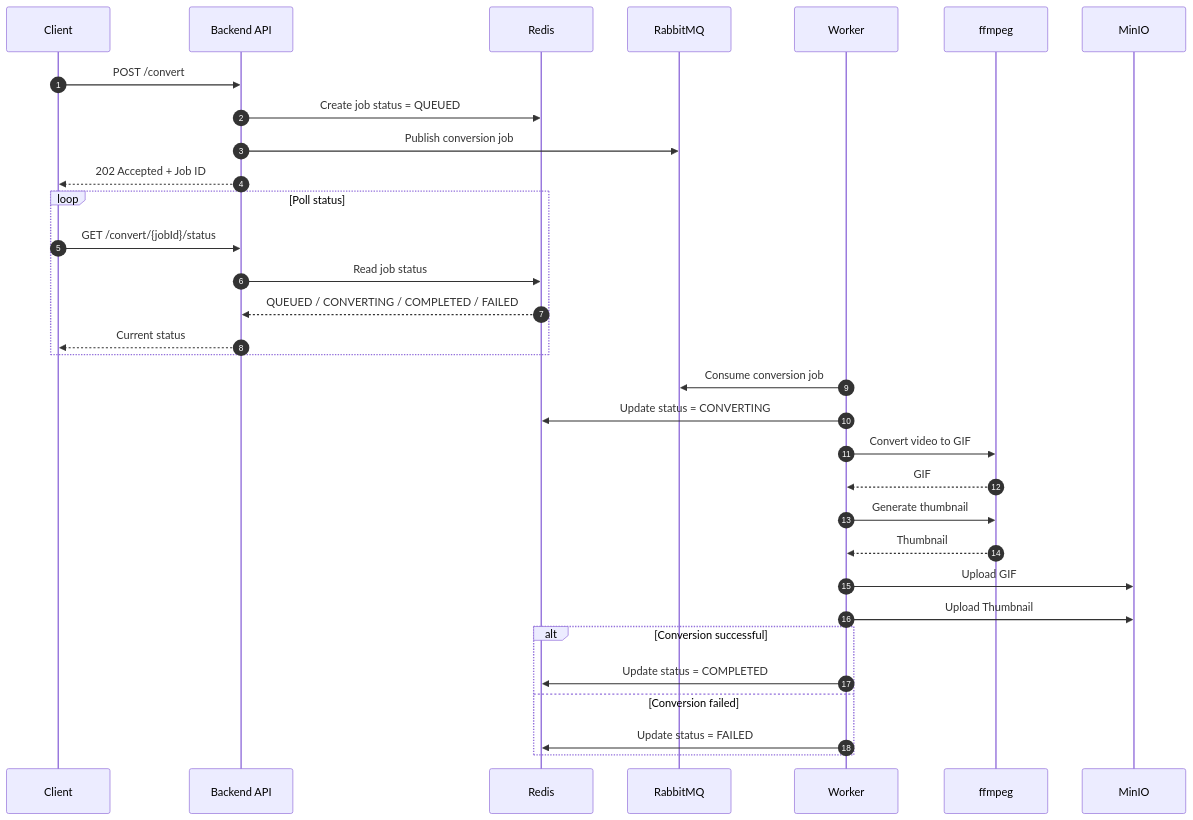
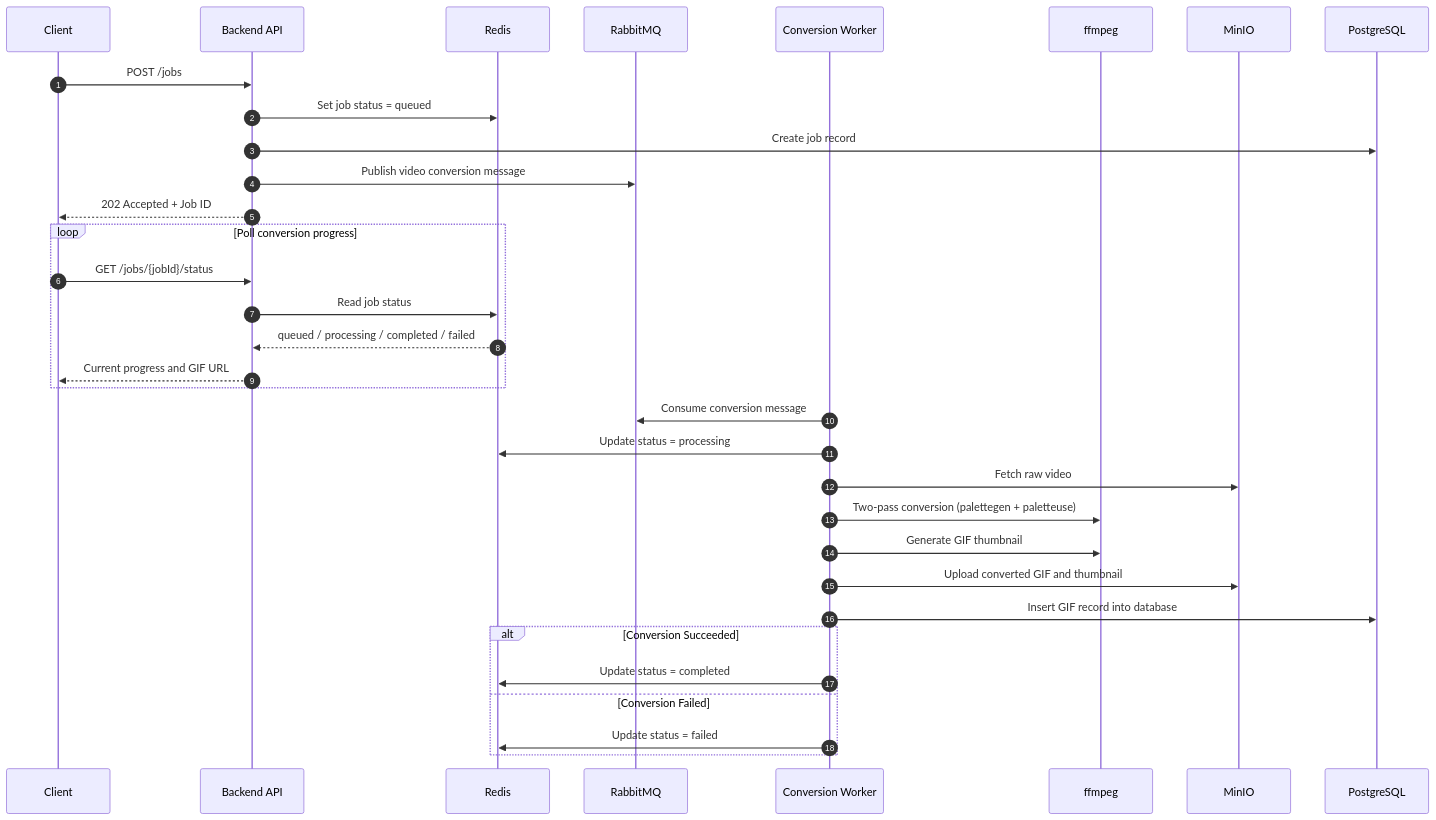
Before and after one commit to labib0x9/FFgif: the third of 3 diagrams in README.md, drawn with Mermaid. The commit also changed other lines of this file, not shown here.

Commit message:
docs: comprehensive update to README (overview, architecture diagrams, tech stack, project structure, and API overview)

````diff
--- a/README.md
+++ b/README.md
@@ -141,43 +187,40 @@
 ```mermaid
 sequenceDiagram
     autonumber
 
     participant Client
     participant API as Backend API
     participant Redis
     participant RabbitMQ
-    participant Worker
+    participant Worker as Conversion Worker
     participant FFmpeg as ffmpeg
     participant MinIO
+    participant PG as PostgreSQL
 
-    Client->>API: POST /convert
-    API->>Redis: Create job status = QUEUED
-    API->>RabbitMQ: Publish conversion job
+    Client->>API: POST /jobs
+    API->>Redis: Set job status = queued
+    API->>PG: Create job record
+    API->>RabbitMQ: Publish video conversion message
     API-->>Client: 202 Accepted + Job ID
 
-    loop Poll status
-        Client->>API: GET /convert/{jobId}/status
+    loop Poll conversion progress
+        Client->>API: GET /jobs/{jobId}/status
         API->>Redis: Read job status
-        Redis-->>API: QUEUED / CONVERTING / COMPLETED / FAILED
-        API-->>Client: Current status
+        Redis-->>API: queued / processing / completed / failed
+        API-->>Client: Current progress and GIF URL
     end
 
-    Worker->>RabbitMQ: Consume conversion job
+    Worker->>RabbitMQ: Consume conversion message
+    Worker->>Redis: Update status = processing
+    Worker->>MinIO: Fetch raw video
+    Worker->>FFmpeg: Two-pass conversion (palettegen + paletteuse)
+    Worker->>FFmpeg: Generate GIF thumbnail
+    Worker->>MinIO: Upload converted GIF and thumbnail
+    Worker->>PG: Insert GIF record into database
 
-    Worker->>Redis: Update status = CONVERTING
-
-    Worker->>FFmpeg: Convert video to GIF
-    FFmpeg-->>Worker: GIF
-
-    Worker->>FFmpeg: Generate thumbnail
-    FFmpeg-->>Worker: Thumbnail
-
-    Worker->>MinIO: Upload GIF
-    Worker->>MinIO: Upload Thumbnail
-
-    alt Conversion successful
-        Worker->>Redis: Update status = COMPLETED
-    else Conversion failed
-        Worker->>Redis: Update status = FAILED
+    alt Conversion Succeeded
+        Worker->>Redis: Update status = completed
+    else Conversion Failed
+        Worker->>Redis: Update status = failed
     end
 ```
````
